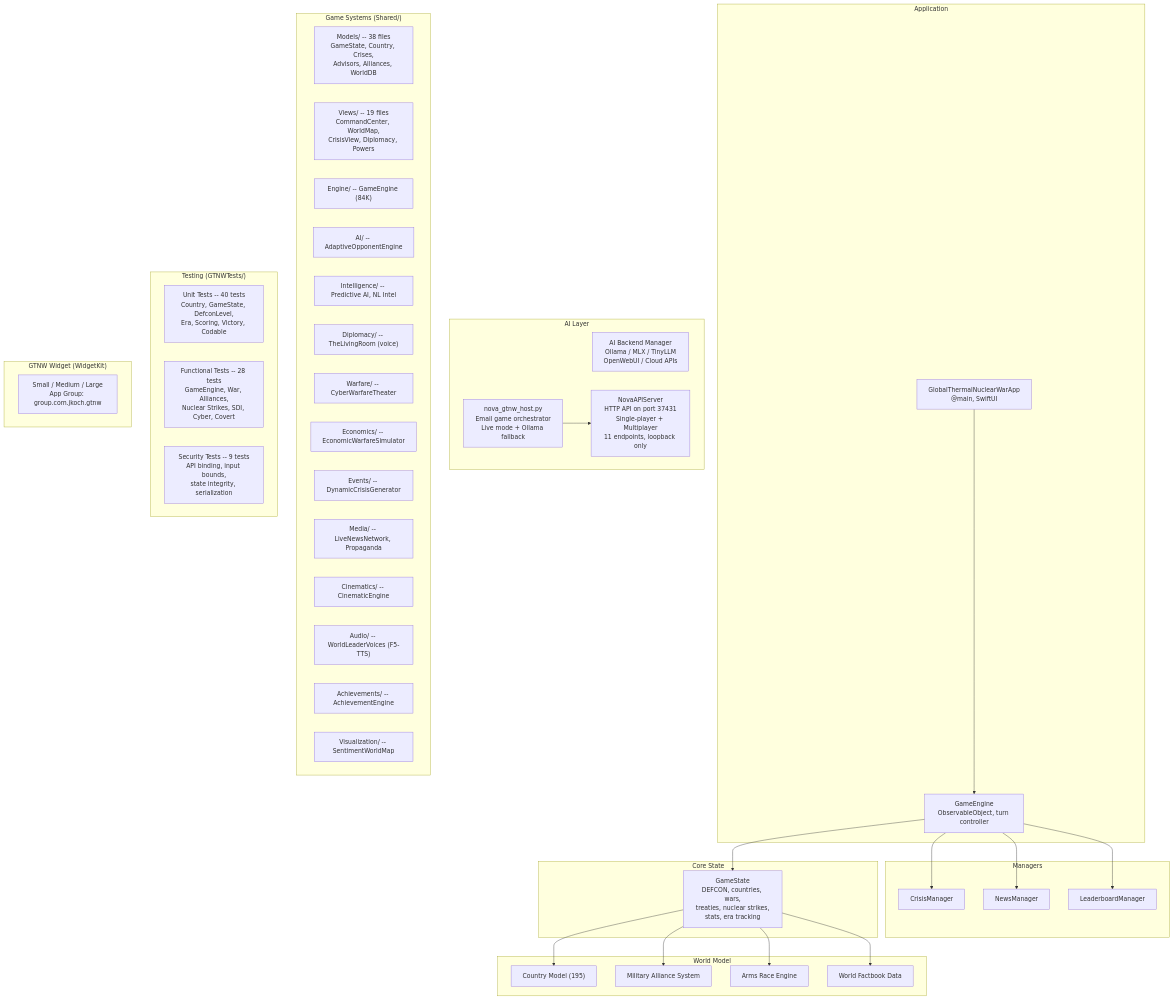
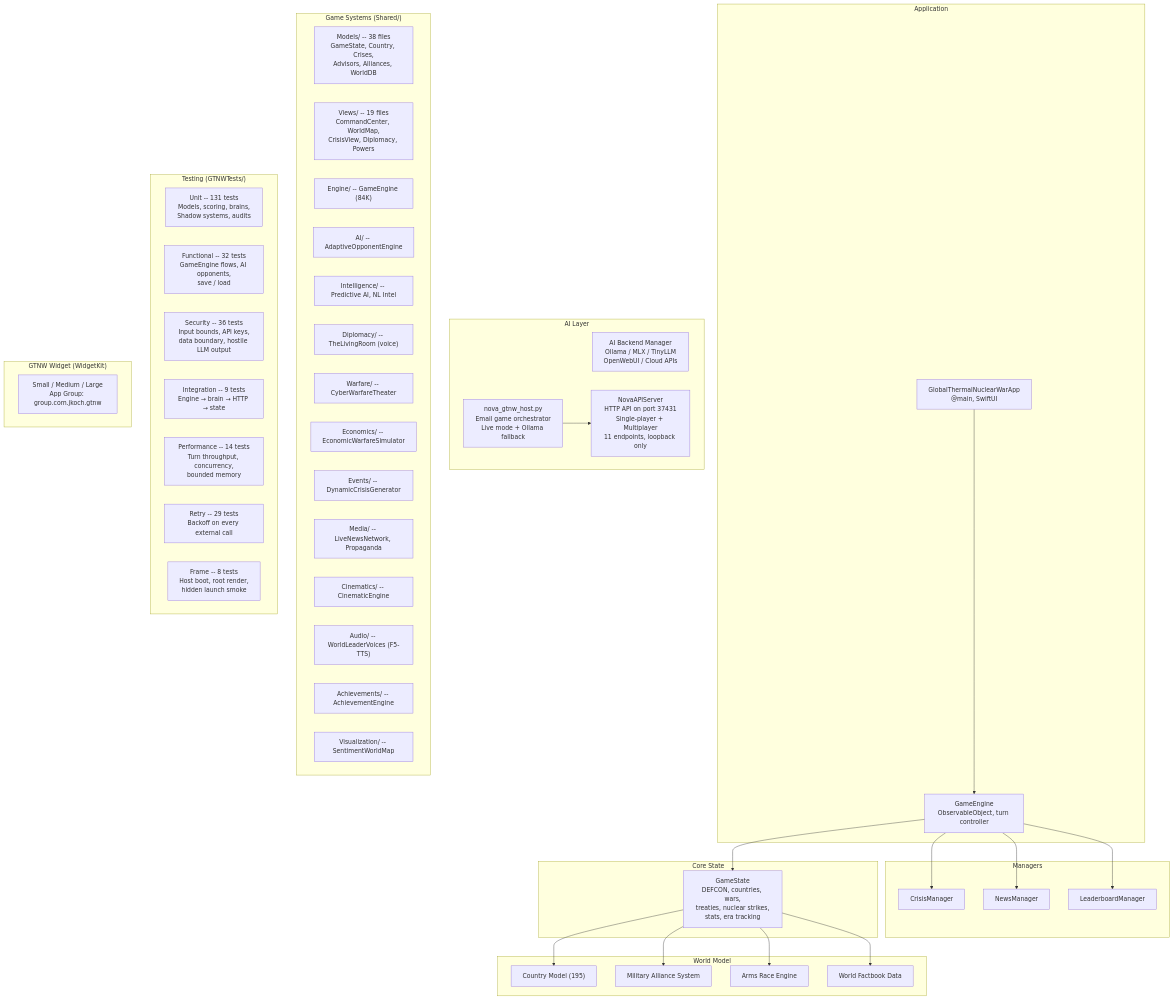
Before and after one commit to kochj23/GTNW: the third of 3 diagrams in README.md, drawn with Mermaid. The commit also changed other lines of this file and 15 other files, not shown here.

First line of the commit message:
Tests: cover all 7 categories; add retry with backoff to every external call

````diff
--- a/README.md
+++ b/README.md
@@ -130,58 +130,62 @@
 ```mermaid
 graph TD
     subgraph Application
         App["GlobalThermalNuclearWarApp<br/>@main, SwiftUI"]
         App --> GE["GameEngine<br/>ObservableObject, turn controller"]
     end
 
     subgraph Managers
         GE --> CM["CrisisManager"]
         GE --> NM["NewsManager"]
         GE --> LM["LeaderboardManager"]
     end
 
     subgraph "Core State"
         GE --> GS["GameState<br/>DEFCON, countries, wars,<br/>treaties, nuclear strikes,<br/>stats, era tracking"]
     end
 
     subgraph "World Model"
         GS --> Country["Country Model (195)"]
         GS --> Alliance["Military Alliance System"]
         GS --> Arms["Arms Race Engine"]
         GS --> Factbook["World Factbook Data"]
     end
 
     subgraph "AI Layer"
         AIB["AI Backend Manager<br/>Ollama / MLX / TinyLLM<br/>OpenWebUI / Cloud APIs"]
         Nova["NovaAPIServer<br/>HTTP API on port 37431<br/>Single-player + Multiplayer<br/>11 endpoints, loopback only"]
         Herd["nova_gtnw_host.py<br/>Email game orchestrator<br/>Live mode + Ollama fallback"]
         Herd --> Nova
     end
 
     subgraph "Game Systems (Shared/)"
         Models["Models/ -- 38 files<br/>GameState, Country, Crises,<br/>Advisors, Alliances, WorldDB"]
         Views["Views/ -- 19 files<br/>CommandCenter, WorldMap,<br/>CrisisView, Diplomacy, Powers"]
         Engine["Engine/ -- GameEngine (84K)"]
         AI["AI/ -- AdaptiveOpponentEngine"]
         Intel["Intelligence/ -- Predictive AI, NL Intel"]
         Diplo["Diplomacy/ -- TheLivingRoom (voice)"]
         Warfare["Warfare/ -- CyberWarfareTheater"]
         Econ["Economics/ -- EconomicWarfareSimulator"]
         Events["Events/ -- DynamicCrisisGenerator"]
         Media["Media/ -- LiveNewsNetwork, Propaganda"]
         Cine["Cinematics/ -- CinematicEngine"]
         Audio["Audio/ -- WorldLeaderVoices (F5-TTS)"]
         Achieve["Achievements/ -- AchievementEngine"]
         Viz["Visualization/ -- SentimentWorldMap"]
     end
 
     subgraph "Testing (GTNWTests/)"
-        UnitTests["Unit Tests -- 40 tests<br/>Country, GameState, DefconLevel,<br/>Era, Scoring, Victory, Codable"]
-        FuncTests["Functional Tests -- 28 tests<br/>GameEngine, War, Alliances,<br/>Nuclear Strikes, SDI, Cyber, Covert"]
-        SecTests["Security Tests -- 9 tests<br/>API binding, input bounds,<br/>state integrity, serialization"]
+        UnitTests["Unit -- 131 tests<br/>Models, scoring, brains,<br/>Shadow systems, audits"]
+        FuncTests["Functional -- 32 tests<br/>GameEngine flows, AI opponents,<br/>save / load"]
+        SecTests["Security -- 36 tests<br/>Input bounds, API keys,<br/>data boundary, hostile LLM output"]
+        IntTests["Integration -- 9 tests<br/>Engine → brain → HTTP → state"]
+        PerfTests["Performance -- 14 tests<br/>Turn throughput, concurrency,<br/>bounded memory"]
+        RetryTests["Retry -- 29 tests<br/>Backoff on every external call"]
+        FrameTests["Frame -- 8 tests<br/>Host boot, root render,<br/>hidden launch smoke"]
     end
 
     subgraph Widget["GTNW Widget (WidgetKit)"]
         W["Small / Medium / Large<br/>App Group: group.com.jkoch.gtnw"]
     end
 ```
````
